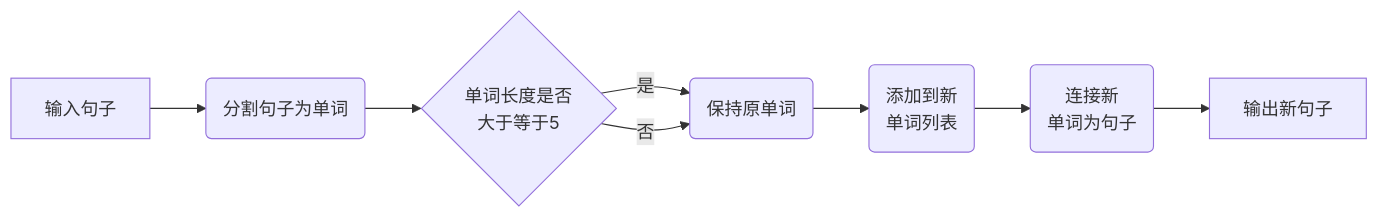
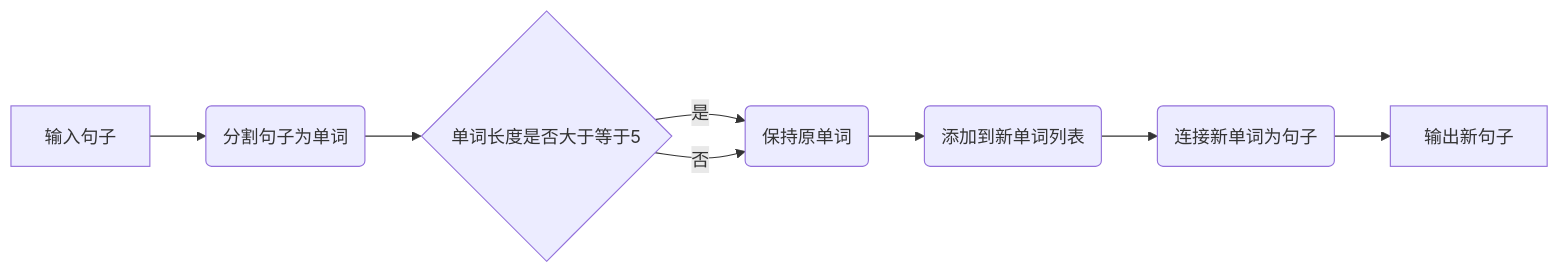
The second of 6 diagrams in Experiments/experiment5.md (shixiaoxiya/py_course_zly_), drawn with Mermaid before and after one commit. The commit also changed other lines of this file and 1 other file, not shown here.

````diff
--- a/Experiments/experiment5.md
+++ b/Experiments/experiment5.md
@@ -356,13 +356,10 @@
 ```mermaid
 graph LR;
     A[输入句子] --> B(分割句子为单词);
-    B --> C{单词长度是否
-    大于等于5};
+    B --> C{单词长度是否大于等于5};
     C --> |是| D(翻转单词);
     C --> |否| D(保持原单词);
-    D --> E(添加到新
-         单词列表);
-    E --> F(连接新
-           单词为句子);
+    D --> E(添加到新单词列表);
+    E --> F(连接新单词为句子);
     F --> G[输出新句子];
 ```
````
